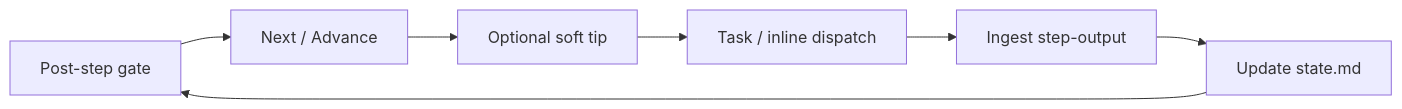
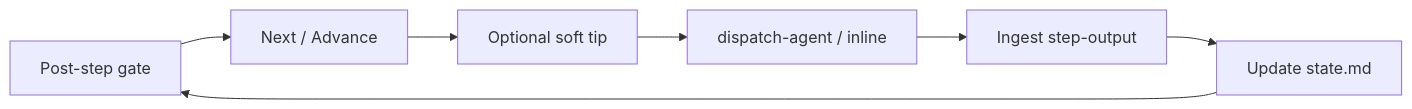
Before and after one commit to jpolvora/workflow-skills: the fourth of 6 diagrams in .agents/skills/spec-to-pr/DIAGRAM.md, drawn with Mermaid. The commit also changed other lines of this file and 58 other files, not shown here.

````diff
--- a/.agents/skills/spec-to-pr/DIAGRAM.md
+++ b/.agents/skills/spec-to-pr/DIAGRAM.md
@@ -78,9 +78,9 @@
 ```mermaid
 flowchart LR
   Gate[Post-step gate] --> Advance[Next / Advance]
   Advance --> Tip[Optional soft tip]
-  Tip --> Task[Task / inline dispatch]
-  Task --> Ingest[Ingest step-output]
+  Tip --> Disp[dispatch-agent / inline]
+  Disp --> Ingest[Ingest step-output]
   Ingest --> State[Update state.md]
   State --> Gate
 ```
````
